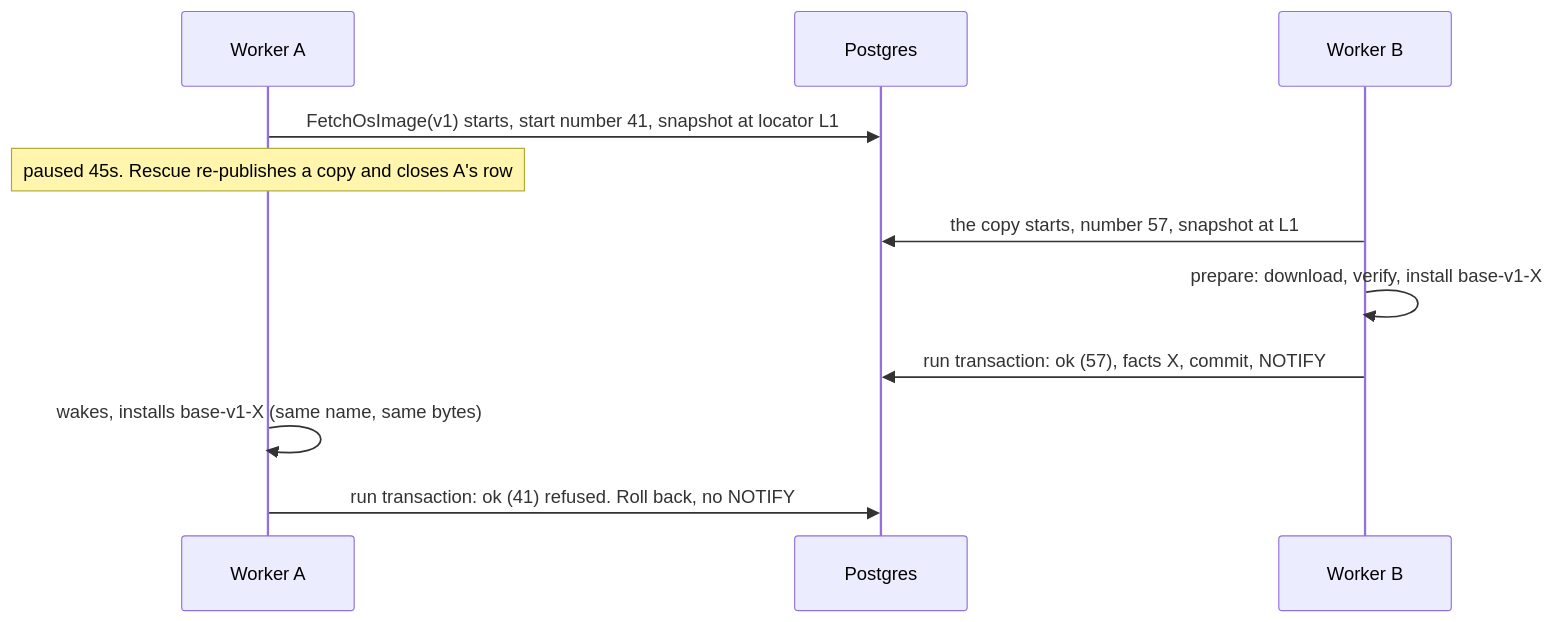
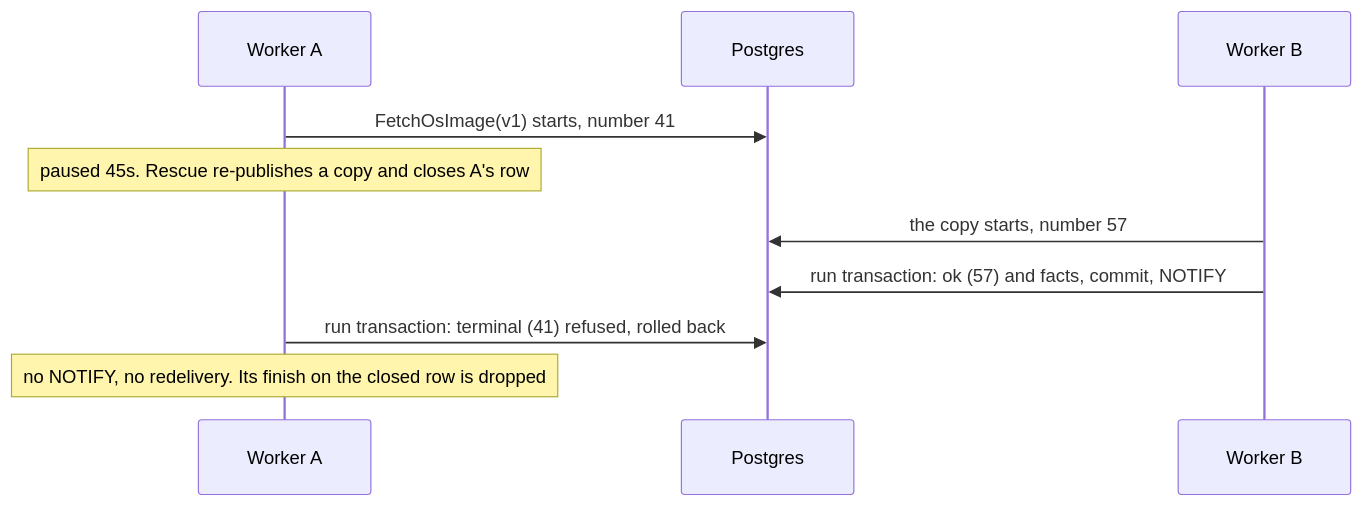
The second of 4 diagrams in docs/central-idempotent-jobs.md (mcurcio/photo-wall), drawn with Mermaid before and after one commit. The commit also changed other lines of this file and 5 other files, not shown here.

````diff
--- a/docs/central-idempotent-jobs.md
+++ b/docs/central-idempotent-jobs.md
@@ -135,13 +84,12 @@
 ```mermaid
 sequenceDiagram
   participant A as Worker A
   participant DB as Postgres
   participant B as Worker B
-  A->>DB: FetchOsImage(v1) starts, start number 41, snapshot at locator L1
+  A->>DB: FetchOsImage(v1) starts, number 41
   Note over A: paused 45s. Rescue re-publishes a copy and closes A's row
-  B->>DB: the copy starts, number 57, snapshot at L1
-  B->>B: prepare: download, verify, install base-v1-X
-  B->>DB: run transaction: ok (57), facts X, commit, NOTIFY
-  A->>A: wakes, installs base-v1-X (same name, same bytes)
-  A->>DB: run transaction: ok (41) refused. Roll back, no NOTIFY
+  B->>DB: the copy starts, number 57
+  B->>DB: run transaction: ok (57) and facts, commit, NOTIFY
+  A->>DB: run transaction: terminal (41) refused, rolled back
+  Note over A: no NOTIFY, no redelivery. Its finish on the closed row is dropped
 ```
````
